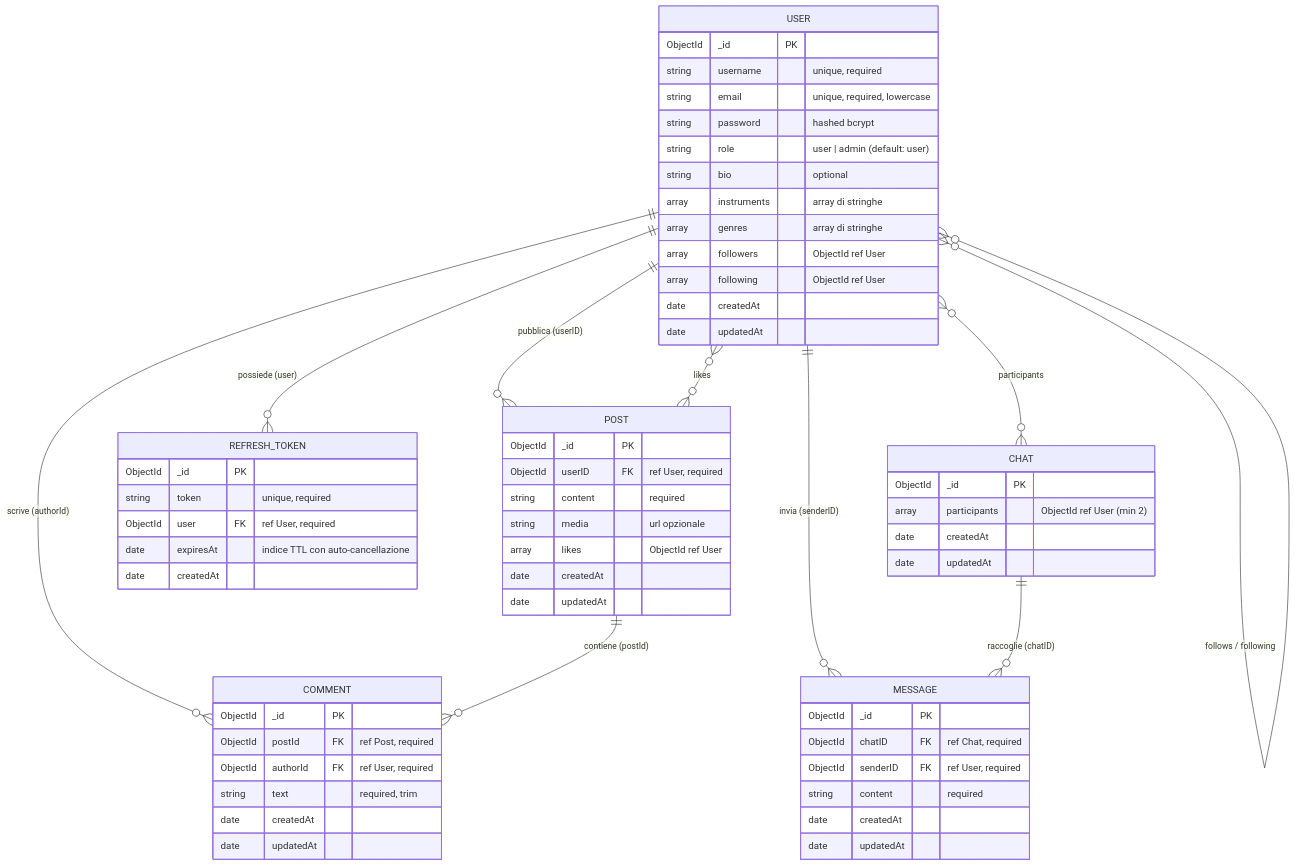
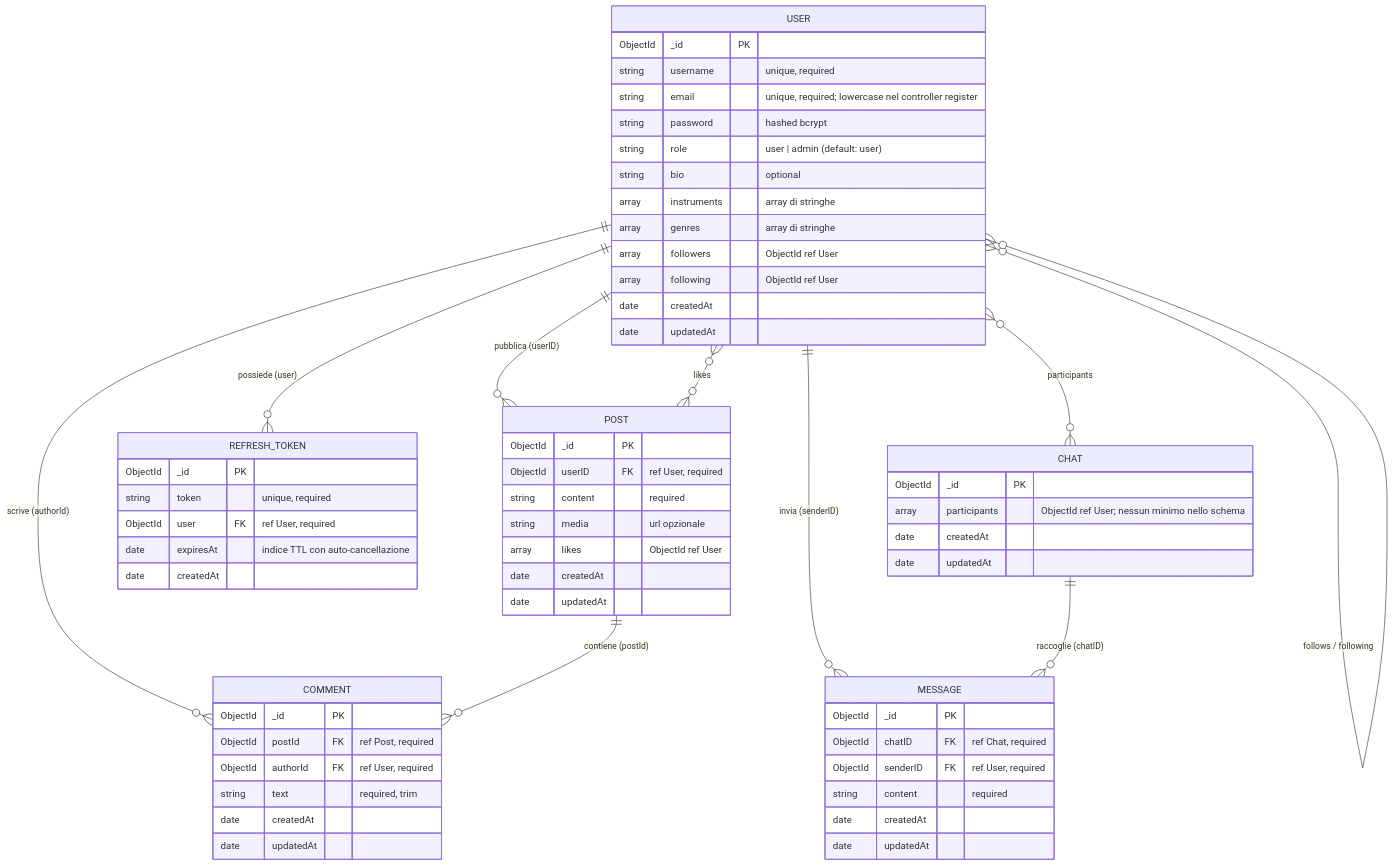
The second of 5 diagrams in README.md (LucaValenz/JamPulse), drawn with Mermaid before and after one commit. The commit also changed other lines of this file and 22 other files, not shown here.

First line of the commit message:
Aggiorna documentazione tecnica e diagrammi

````diff
--- a/README.md
+++ b/README.md
@@ -198,70 +171,70 @@
 ```mermaid
 erDiagram
     USER ||--o{ POST : "pubblica (userID)"
     USER ||--o{ COMMENT : "scrive (authorId)"
     USER ||--o{ MESSAGE : "invia (senderID)"
     USER ||--o{ REFRESH_TOKEN : "possiede (user)"
     USER }o--o{ USER : "follows / following"
     USER }o--o{ POST : "likes"
     USER }o--o{ CHAT : "participants"
     POST ||--o{ COMMENT : "contiene (postId)"
     CHAT ||--o{ MESSAGE : "raccoglie (chatID)"
 
     REFRESH_TOKEN {
         ObjectId _id PK
         string token "unique, required"
         ObjectId user FK "ref User, required"
         date expiresAt "indice TTL con auto-cancellazione"
         date createdAt
     }
 
     USER {
         ObjectId _id PK
         string username "unique, required"
-        string email "unique, required, lowercase"
+        string email "unique, required; lowercase nel controller register"
         string password "hashed bcrypt"
         string role "user | admin (default: user)"
         string bio "optional"
         array instruments "array di stringhe"
         array genres "array di stringhe"
         array followers "ObjectId ref User"
         array following "ObjectId ref User"
         date createdAt
         date updatedAt
     }
 
     POST {
         ObjectId _id PK
         ObjectId userID FK "ref User, required"
         string content "required"
         string media "url opzionale"
         array likes "ObjectId ref User"
         date createdAt
         date updatedAt
     }
 
     COMMENT {
         ObjectId _id PK
         ObjectId postId FK "ref Post, required"
         ObjectId authorId FK "ref User, required"
         string text "required, trim"
         date createdAt
         date updatedAt
     }
 
     CHAT {
         ObjectId _id PK
-        array participants "ObjectId ref User (min 2)"
+        array participants "ObjectId ref User; nessun minimo nello schema"
         date createdAt
         date updatedAt
     }
 
     MESSAGE {
         ObjectId _id PK
         ObjectId chatID FK "ref Chat, required"
         ObjectId senderID FK "ref User, required"
         string content "required"
         date createdAt
         date updatedAt
     }
 ```
````
